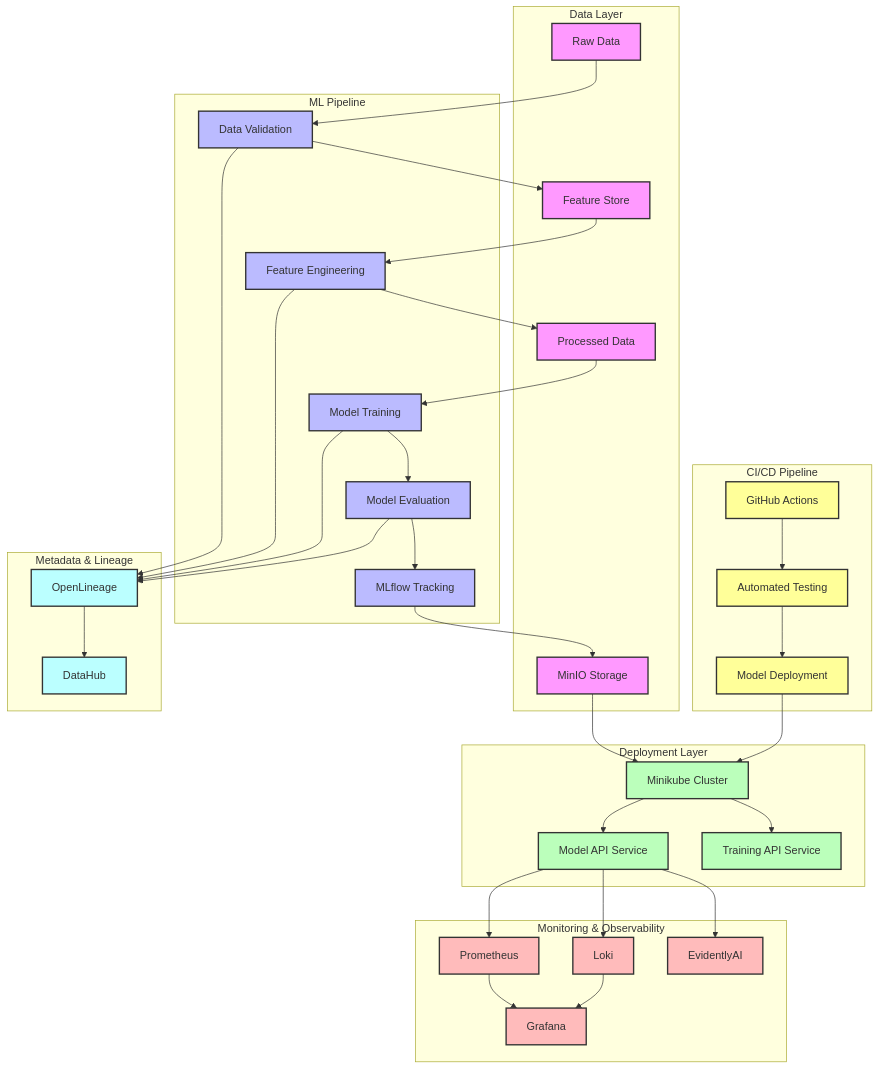
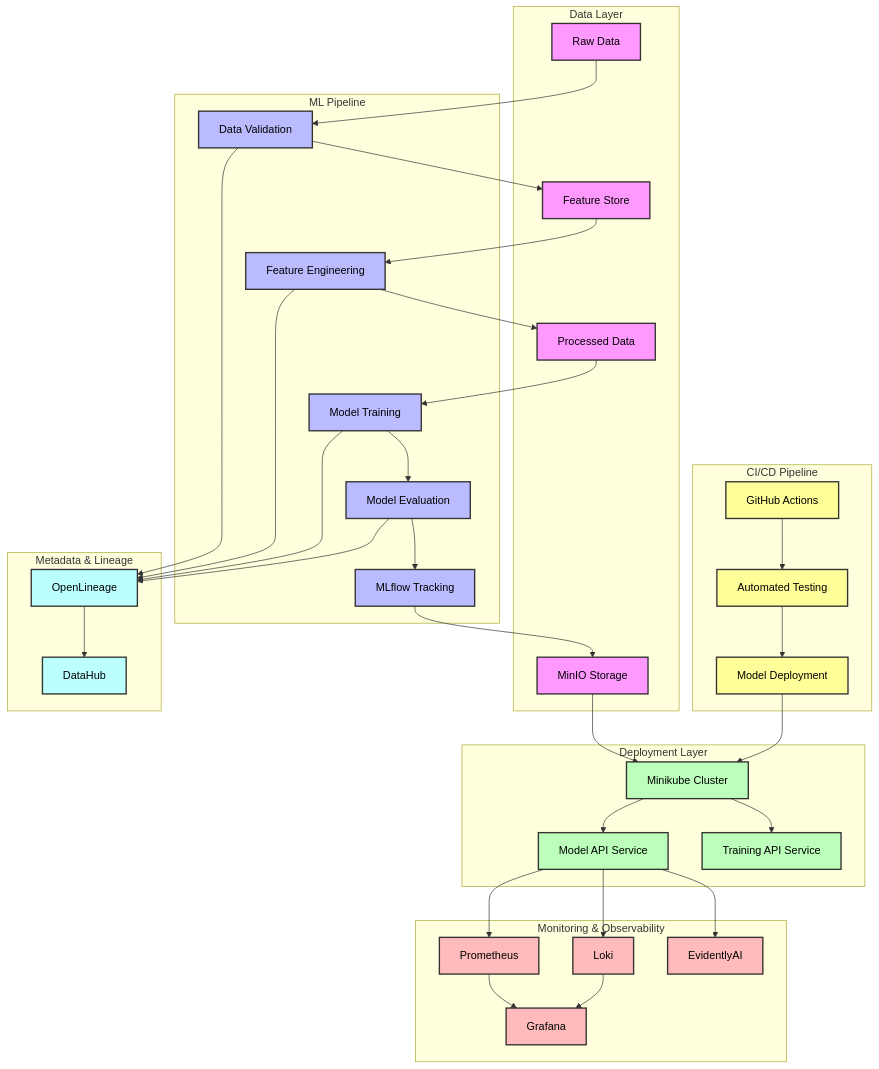
One commit to debarghyaRONIN/LocalFlow-ML changed the diagram in ARCHITECTURE.md. Above: the diagram before and after it, drawn with Mermaid.

Commit message:
md update

```diff
--- a/ARCHITECTURE.md
+++ b/ARCHITECTURE.md
@@ -76,12 +76,12 @@
     L1 --> L2
 
     %% Styling
-    classDef data fill:#f9f,stroke:#333,stroke-width:2px
-    classDef pipeline fill:#bbf,stroke:#333,stroke-width:2px
-    classDef deployment fill:#bfb,stroke:#333,stroke-width:2px
-    classDef monitoring fill:#fbb,stroke:#333,stroke-width:2px
-    classDef cicd fill:#ff9,stroke:#333,stroke-width:2px
-    classDef lineage fill:#bff,stroke:#333,stroke-width:2px
+    classDef data fill:#f9f,stroke:#333,stroke-width:2px,color:black
+    classDef pipeline fill:#bbf,stroke:#333,stroke-width:2px,color:black
+    classDef deployment fill:#bfb,stroke:#333,stroke-width:2px,color:black
+    classDef monitoring fill:#fbb,stroke:#333,stroke-width:2px,color:black
+    classDef cicd fill:#ff9,stroke:#333,stroke-width:2px,color:black
+    classDef lineage fill:#bff,stroke:#333,stroke-width:2px,color:black
 
     class D1,D2,D3,D4 data
     class P1,P2,P3,P4,P5 pipeline
```
